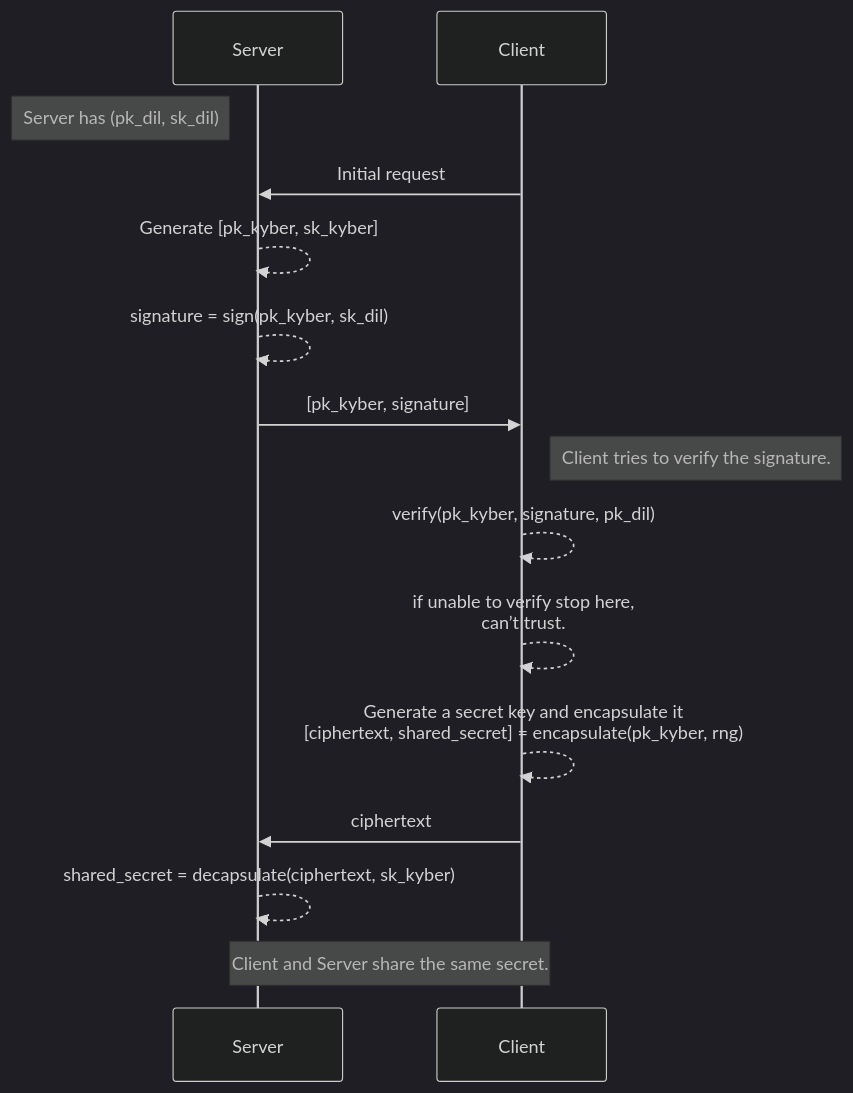
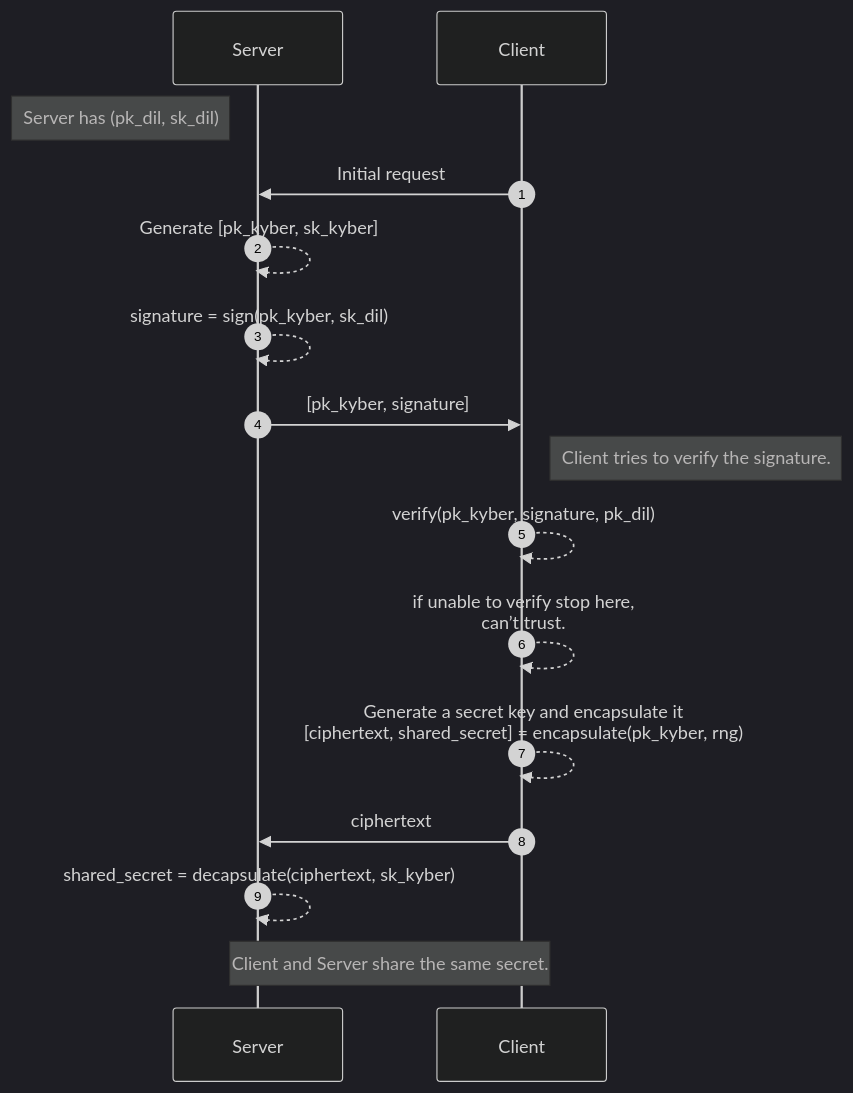
The diagram in docs/kyber-dilithium.md (fade2black/blog), drawn with Mermaid (dark theme) before and after one commit. The commit also changed 1 other file, not shown here.

````diff
--- a/docs/kyber-dilithium.md
+++ b/docs/kyber-dilithium.md
@@ -89,16 +89,17 @@
 ```mermaid
 sequenceDiagram
+    autonumber
     Note left of Server: Server has (pk_dil, sk_dil)
     Client->>Server: Initial request
     Server-->>Server: Generate [pk_kyber, sk_kyber]
     Server-->>Server: signature = sign(pk_kyber, sk_dil)
     Server->>Client: [pk_kyber, signature]
 
     Note right of Client: Client tries to verify the signature.
     Client-->>Client: verify(pk_kyber, signature, pk_dil)
     Client-->>Client: if unable to verify stop here, <br> can’t trust.
     Client-->>Client: Generate a secret key and encapsulate it <br> [ciphertext, shared_secret] = encapsulate(pk_kyber, rng)
     Client->>Server: ciphertext
     Server-->>Server: shared_secret = decapsulate(ciphertext, sk_kyber)
     Note over Server, Client: Client and Server share the same secret.
 ```
````
